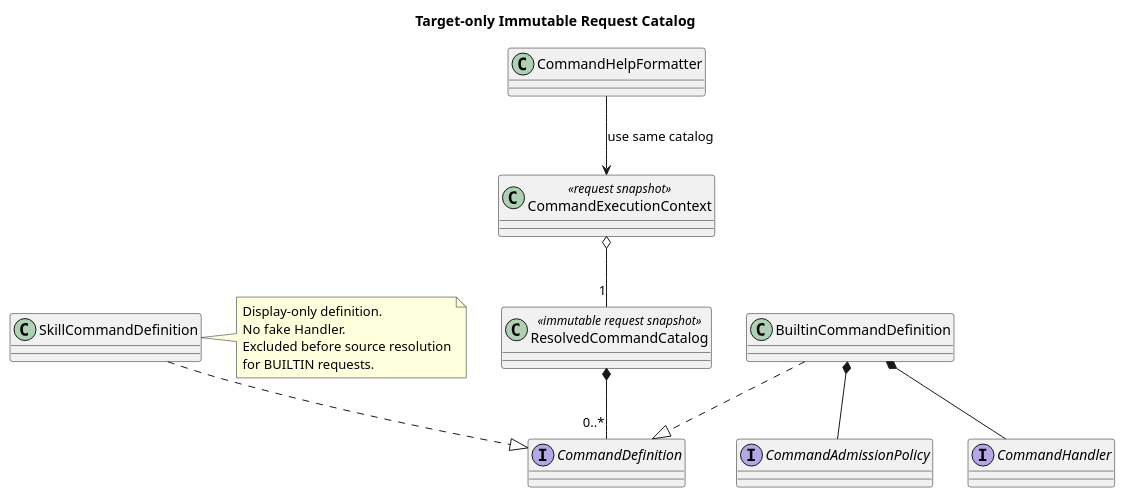
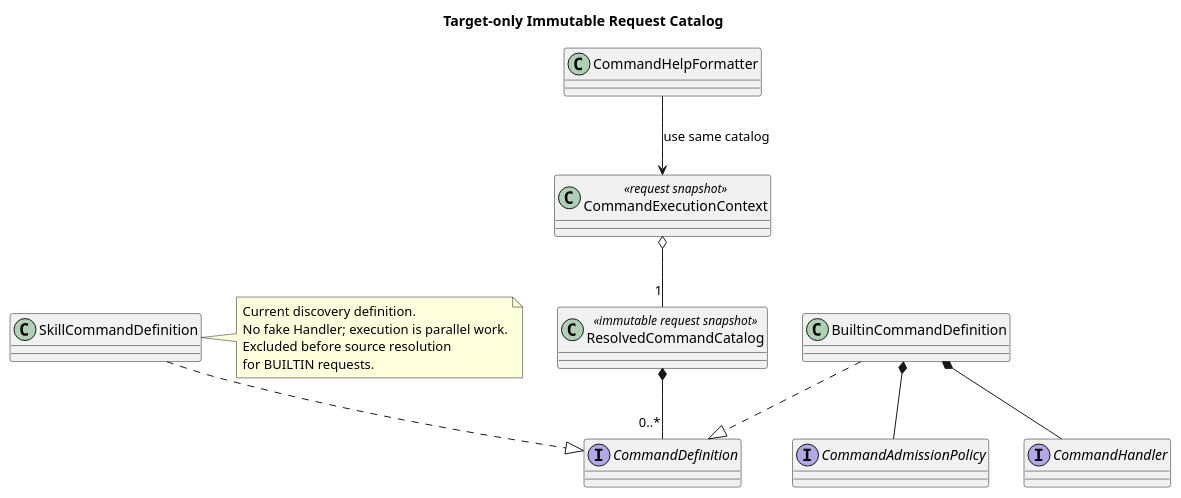
One commit to ssm0808/pi-mono-java-design changed the second of 3 diagrams in 04-命令与技能/00-Slash-Command通用模块/设计图/diagram.puml. Above: the diagram before and after it, drawn with PlantUML. The commit also changed 17 other files, not shown here.

```diff
--- a/04-命令与技能/00-Slash-Command通用模块/设计图/diagram.puml
+++ b/04-命令与技能/00-Slash-Command通用模块/设计图/diagram.puml
@@ -43,27 +43,27 @@
 @startuml target_command_resolution_classes
 title Target-only Immutable Request Catalog
 ' Source evidence: pi-mono-java@0bb794f2 modules/coding-agent-cli/src/main/java/com/campusclaw/codingagent/runtimeapi/command/ResolvedCommandCatalog.java.
 ' Design reason: list, help, admission, and dispatch share definition identity; writes recheck mutable state under locks.
 skinparam shadowing false
 interface CommandDefinition
 class BuiltinCommandDefinition
 class SkillCommandDefinition
 interface CommandHandler
 interface CommandAdmissionPolicy
 class ResolvedCommandCatalog <<immutable request snapshot>>
 class CommandExecutionContext <<request snapshot>>
 class CommandHelpFormatter
 BuiltinCommandDefinition ..|> CommandDefinition
 SkillCommandDefinition ..|> CommandDefinition
 BuiltinCommandDefinition *-- CommandHandler
 BuiltinCommandDefinition *-- CommandAdmissionPolicy
 ResolvedCommandCatalog *-- "0..*" CommandDefinition
 CommandExecutionContext o-- "1" ResolvedCommandCatalog
 CommandHelpFormatter --> CommandExecutionContext : use same catalog
 note right of SkillCommandDefinition
-Display-only definition.
-No fake Handler.
+Current discovery definition.
+No fake Handler; execution is parallel work.
 Excluded before source resolution
 for BUILTIN requests.
 end note
 @enduml
```
